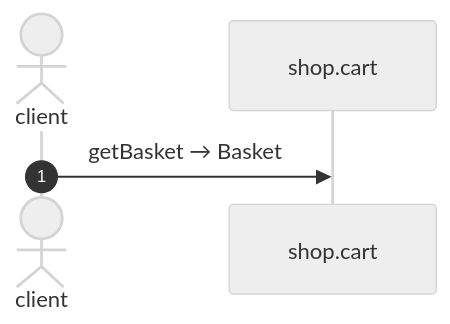
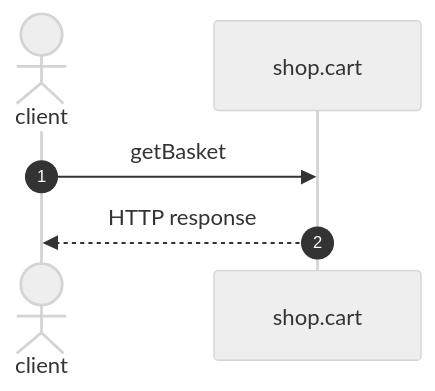
One commit to shortlink-org/portolan changed the diagram in docs/example/flows/cart-get-basket.md. Above: the diagram before and after it, drawn with Mermaid (neutral theme). The commit also changed other lines of this file and 191 other files, not shown here.

````diff
--- a/docs/example/flows/cart-get-basket.md
+++ b/docs/example/flows/cart-get-basket.md
@@ -18,7 +22,8 @@
 ```mermaid
 sequenceDiagram
     autonumber
     actor p0 as client
     participant p1 as shop.cart
-    p0->>p1: getBasket → Basket
+    p0->>p1: getBasket
+    p1-->>p0: HTTP response
 ```
````
